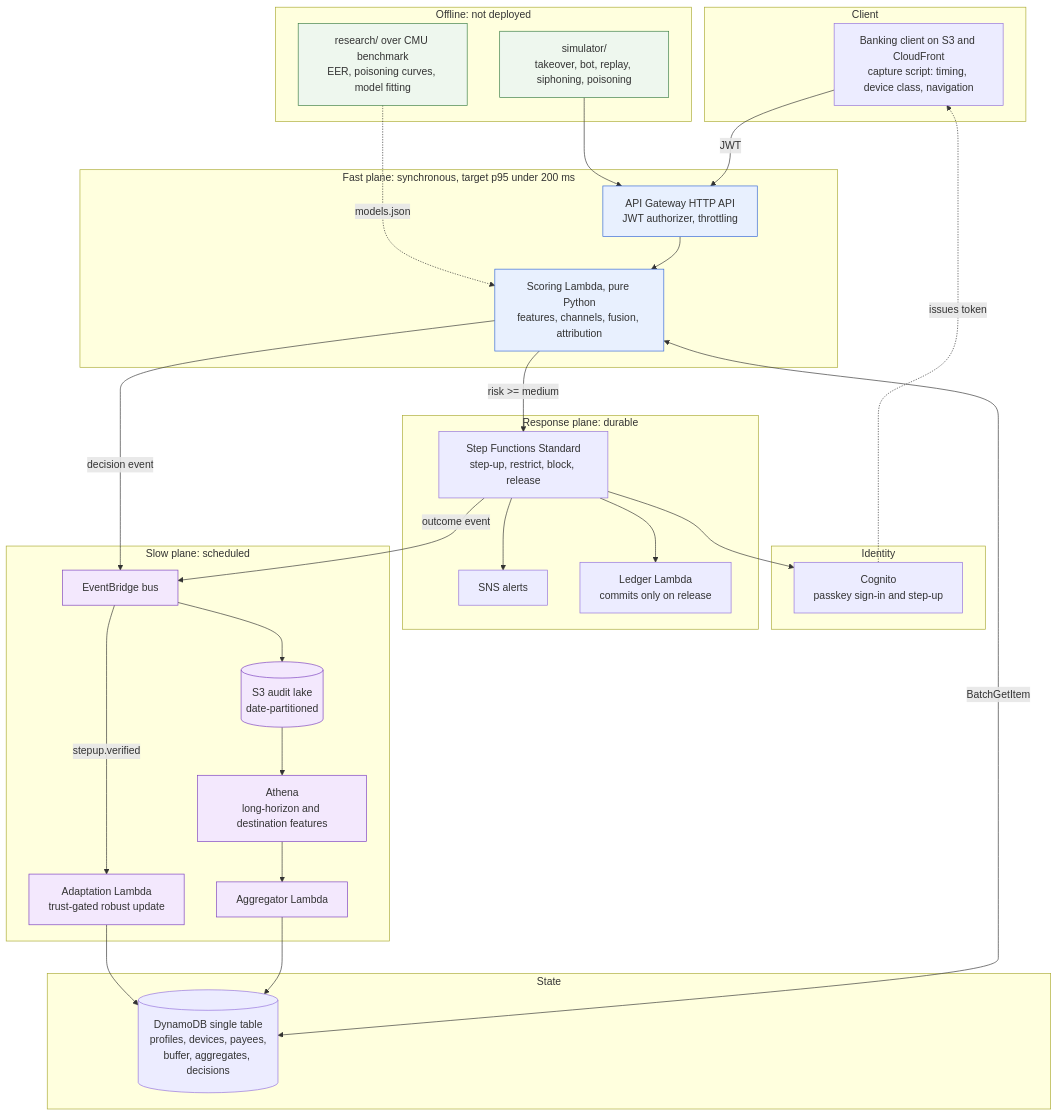
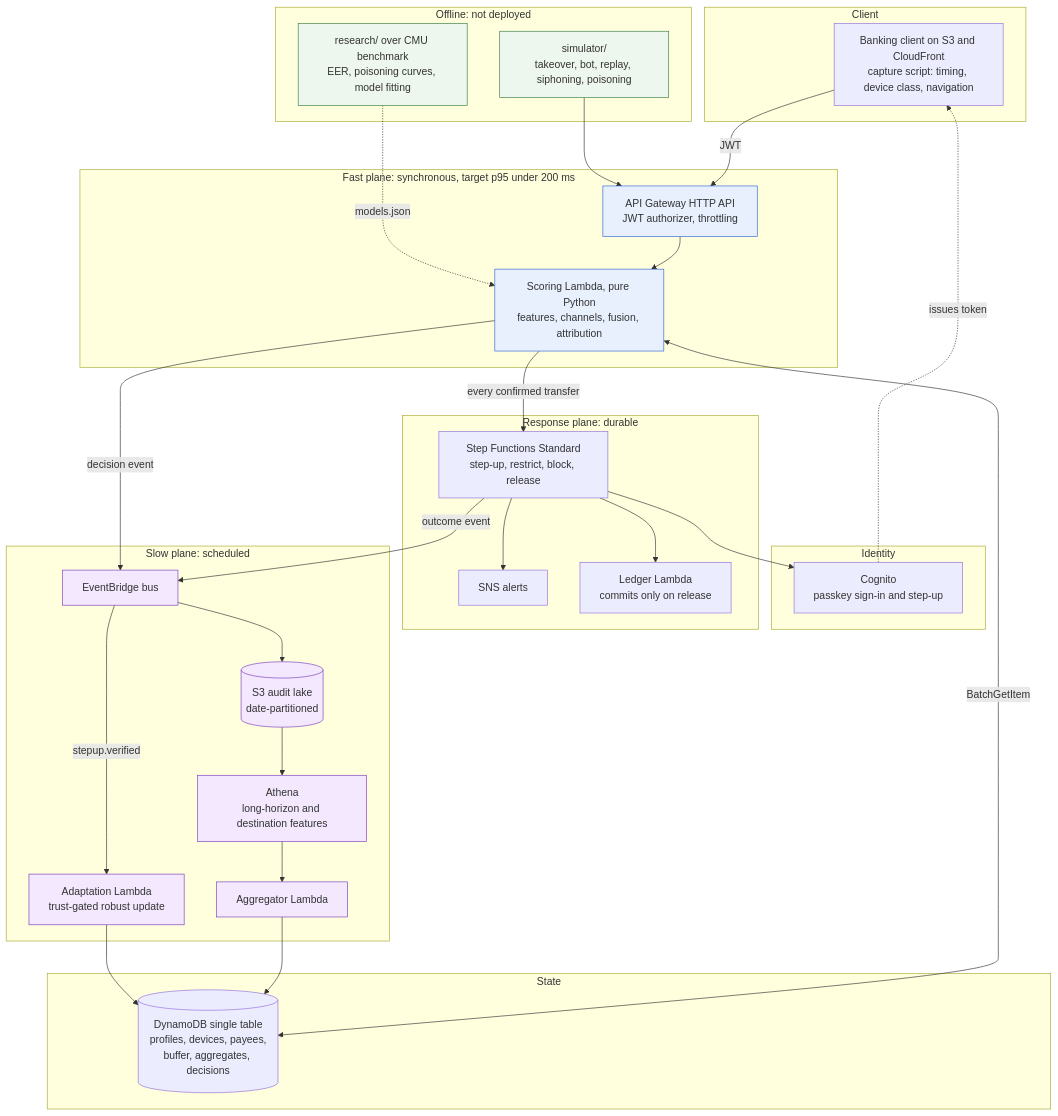
The diagram in docs/architecture.md (Adityashukla2006/personal-fraud-detection-using-behavioural-biometrics), drawn with Mermaid before and after one commit. The commit also changed other lines of this file, not shown here.

````diff
--- a/docs/architecture.md
+++ b/docs/architecture.md
@@ -46,67 +46,67 @@
 ```mermaid
 flowchart TB
     subgraph CLIENT["Client"]
         JS["Banking client on S3 and CloudFront<br/>capture script: timing, device class, navigation"]
     end
 
     subgraph AUTH["Identity"]
         COG["Cognito<br/>passkey sign-in and step-up"]
     end
 
     subgraph FAST["Fast plane: synchronous, target p95 under 200 ms"]
         AGW["API Gateway HTTP API<br/>JWT authorizer, throttling"]
         SCORE["Scoring Lambda, pure Python<br/>features, channels, fusion, attribution"]
     end
 
     subgraph STATE["State"]
         DDB[("DynamoDB single table<br/>profiles, devices, payees,<br/>buffer, aggregates, decisions")]
     end
 
     subgraph RESP["Response plane: durable"]
         SFN["Step Functions Standard<br/>step-up, restrict, block, release"]
         SNS["SNS alerts"]
         LEDGER["Ledger Lambda<br/>commits only on release"]
     end
 
     subgraph SLOW["Slow plane: scheduled"]
         EB["EventBridge bus"]
         S3L[("S3 audit lake<br/>date-partitioned")]
         ATH["Athena<br/>long-horizon and destination features"]
         AGG["Aggregator Lambda"]
         ADAPT["Adaptation Lambda<br/>trust-gated robust update"]
     end
 
     subgraph OFFLINE["Offline: not deployed"]
         NB["research/ over CMU benchmark<br/>EER, poisoning curves, model fitting"]
         SIM["simulator/<br/>takeover, bot, replay, siphoning, poisoning"]
     end
 
     JS -->|JWT| AGW
     COG -.->|issues token| JS
     AGW --> SCORE
     SCORE <-->|BatchGetItem| DDB
     SCORE -->|decision event| EB
-    SCORE -->|risk >= medium| SFN
+    SCORE -->|every confirmed transfer| SFN
 
     SFN --> COG
     SFN --> SNS
     SFN --> LEDGER
     SFN -->|outcome event| EB
 
     EB --> S3L
     EB -->|stepup.verified| ADAPT
     S3L --> ATH
     ATH --> AGG
     AGG --> DDB
     ADAPT --> DDB
 
     SIM --> AGW
     NB -.->|models.json| SCORE
 
     classDef fast fill:#e8f0fe,stroke:#3367d6
     classDef slow fill:#f3e8fd,stroke:#7b3fbf
     classDef off fill:#eef7ee,stroke:#3a7d44
     class AGW,SCORE fast
     class EB,S3L,ATH,AGG,ADAPT slow
     class NB,SIM off
 ```
````
